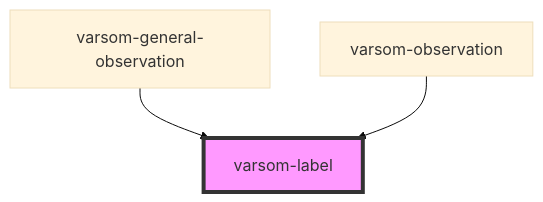
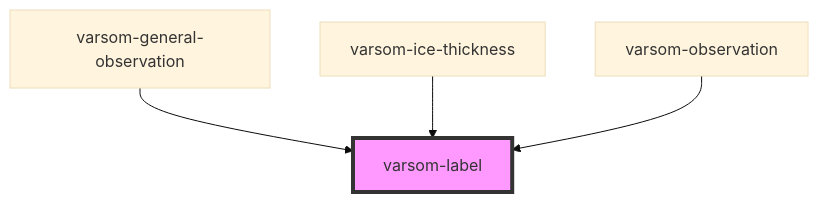
One commit to NVE/varsom-observation changed the diagram in observasjonskort/src/components/varsom-label/readme.md. Above: the diagram before and after it, drawn with Mermaid (base theme). The commit also changed other lines of this file and 6 other files, not shown here.

Commit message:
updated component ice thickness

````diff
--- a/observasjonskort/src/components/varsom-label/readme.md
+++ b/observasjonskort/src/components/varsom-label/readme.md
@@ -23,6 +24,7 @@
 ```mermaid
 graph TD;
   varsom-general-observation --> varsom-label
+  varsom-ice-thickness --> varsom-label
   varsom-observation --> varsom-label
   style varsom-label fill:#f9f,stroke:#333,stroke-width:4px
 ```
````
